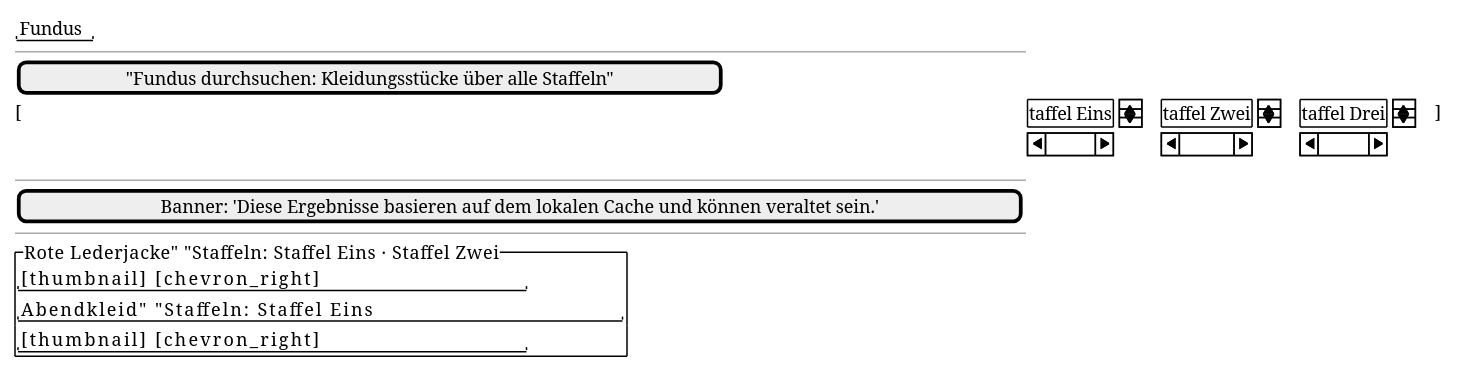
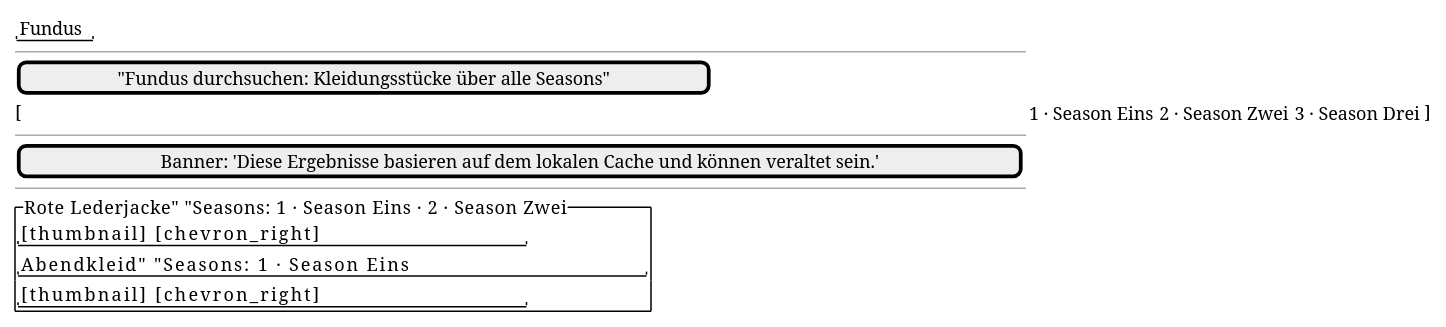
The diagram in docs/design/screens/fundus.md (tradem/breakdown-rs), drawn with PlantUML before and after one commit. The commit also changed other lines of this file and 52 other files, not shown here.

First line of the commit message:
refactor(seasons): converge every season label and unify the German wording (issue #840) (#877)

````diff
--- a/docs/design/screens/fundus.md
+++ b/docs/design/screens/fundus.md
@@ -21,17 +21,17 @@
 ```plantuml
 @startsalt
 {
   "Fundus"
   --
-  [ "Fundus durchsuchen: Kleidungsstücke über alle Staffeln" ]
-  [ {Staffel Eins} | {Staffel Zwei} | {Staffel Drei} ]
+  [ "Fundus durchsuchen: Kleidungsstücke über alle Seasons" ]
+  [ {1 · Season Eins} | {2 · Season Zwei} | {3 · Season Drei} ]
   --
   [Banner: 'Diese Ergebnisse basieren auf dem lokalen Cache und können veraltet sein.']
   --
-  {^ "Rote Lederjacke"          "Staffeln: Staffel Eins · Staffel Zwei"
+  {^ "Rote Lederjacke"          "Seasons: 1 · Season Eins · 2 · Season Zwei"
      " [thumbnail]               [chevron_right]"
-     "Abendkleid"                "Staffeln: Staffel Eins"
+     "Abendkleid"                "Seasons: 1 · Season Eins"
      " [thumbnail]               [chevron_right]"}
 }
 @endsalt
 ```
````
